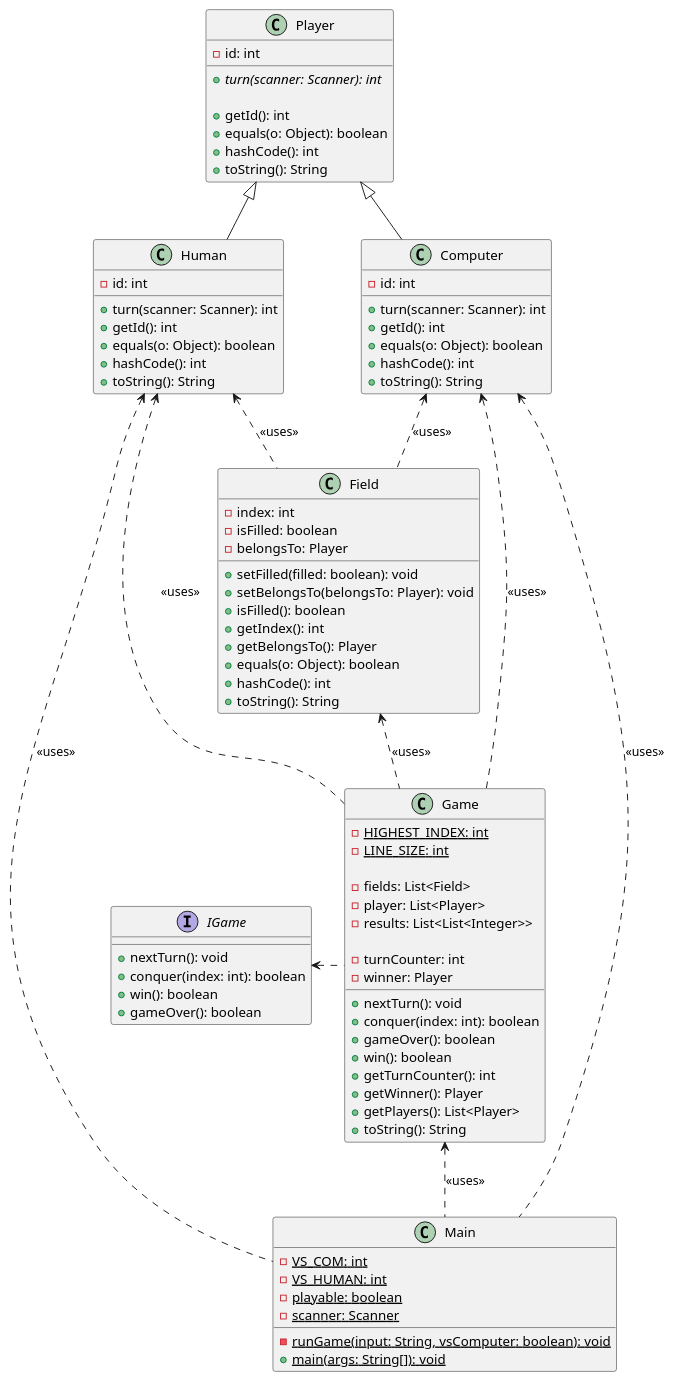
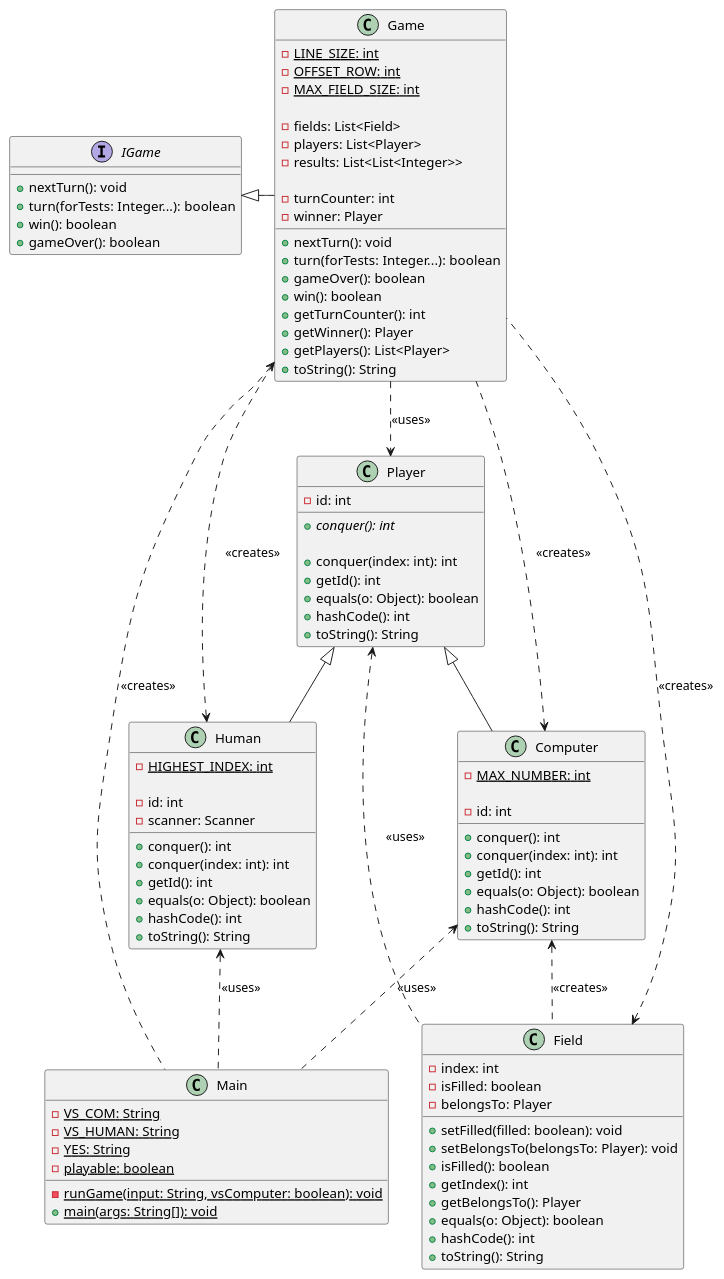
The diagram in doc/connections.puml (rnefzger/tictactoe), drawn with PlantUML before and after one commit.

Commit message:
Update class diagram and changed some uses to create
- some classes do not only use the other class -> it also creates it

```diff
--- a/doc/connections.puml
+++ b/doc/connections.puml
@@ -1,103 +1,113 @@
 @startuml
 
 class Field {
     -index: int
     -isFilled: boolean
     -belongsTo: Player
 
     +setFilled(filled: boolean): void
     +setBelongsTo(belongsTo: Player): void
     +isFilled(): boolean
     +getIndex(): int
     +getBelongsTo(): Player
     +equals(o: Object): boolean
     +hashCode(): int
     +toString(): String
 }
 
 class Game {
-    -{static} HIGHEST_INDEX: int
     -{static} LINE_SIZE: int
+    -{static} OFFSET_ROW: int
+    -{static} MAX_FIELD_SIZE: int
 
     -fields: List<Field>
-    -player: List<Player>
+    -players: List<Player>
     -results: List<List<Integer>>
 
     -turnCounter: int
     -winner: Player
 
     +nextTurn(): void
-    +conquer(index: int): boolean
+    +turn(forTests: Integer...): boolean
     +gameOver(): boolean
     +win(): boolean
     +getTurnCounter(): int
     +getWinner(): Player
     +getPlayers(): List<Player>
     +toString(): String
 }
 
 interface IGame {
     +nextTurn(): void
-    +conquer(index: int): boolean
+    +turn(forTests: Integer...): boolean
     +win(): boolean
     +gameOver(): boolean
 }
 
 class Player {
     -id: int
 
-    +{abstract} turn(scanner: Scanner): int
+    +{abstract} conquer(): int
 
+    +conquer(index: int): int
     +getId(): int
     +equals(o: Object): boolean
     +hashCode(): int
     +toString(): String
 }
 
 class Human {
+    -{static} HIGHEST_INDEX: int
+
     -id: int
+    -scanner: Scanner
 
-    +turn(scanner: Scanner): int
+    +conquer(): int
+    +conquer(index: int): int
     +getId(): int
     +equals(o: Object): boolean
     +hashCode(): int
     +toString(): String
 }
 
 class Computer {
+    -{static} MAX_NUMBER: int
+
     -id: int
 
-    +turn(scanner: Scanner): int
+    +conquer(): int
+    +conquer(index: int): int
     +getId(): int
     +equals(o: Object): boolean
     +hashCode(): int
     +toString(): String
 }
 
 class Main {
-    -{static} VS_COM: int
-    -{static} VS_HUMAN: int
+    -{static} VS_COM: String
+    -{static} VS_HUMAN: String
+    -{static} YES: String
     -{static} playable: boolean
-    -{static} scanner: Scanner
 
     -{static} runGame(input: String, vsComputer: boolean): void
     +{static} main(args: String[]): void
 }
 
-Game .left.> IGame
+Game -left-|> IGame
 
-Game .up.> Field : <<uses>>
-Game .up.> Human : <<uses>>
-Game .up.> Computer : <<uses>>
+Game .up.> Field : <<creates>>
+Game .up.> Human : <<creates>>
+Game .up.> Computer : <<creates>>
+Game ..> Player : <<uses>>
 
 Human -up-|> Player
 Computer -up-|> Player
 
-Field .up.> Human : <<uses>>
-Field .up.> Computer : <<uses>>
+Field .up.> Player : <<uses>>
+Field .up.> Computer : <<creates>>
 
 Main .up.> Computer : <<uses>>
 Main .up.> Human : <<uses>>
-Main .up.> Game : <<uses>>
+Main .up.> Game : <<creates>>
 
 @enduml
```
